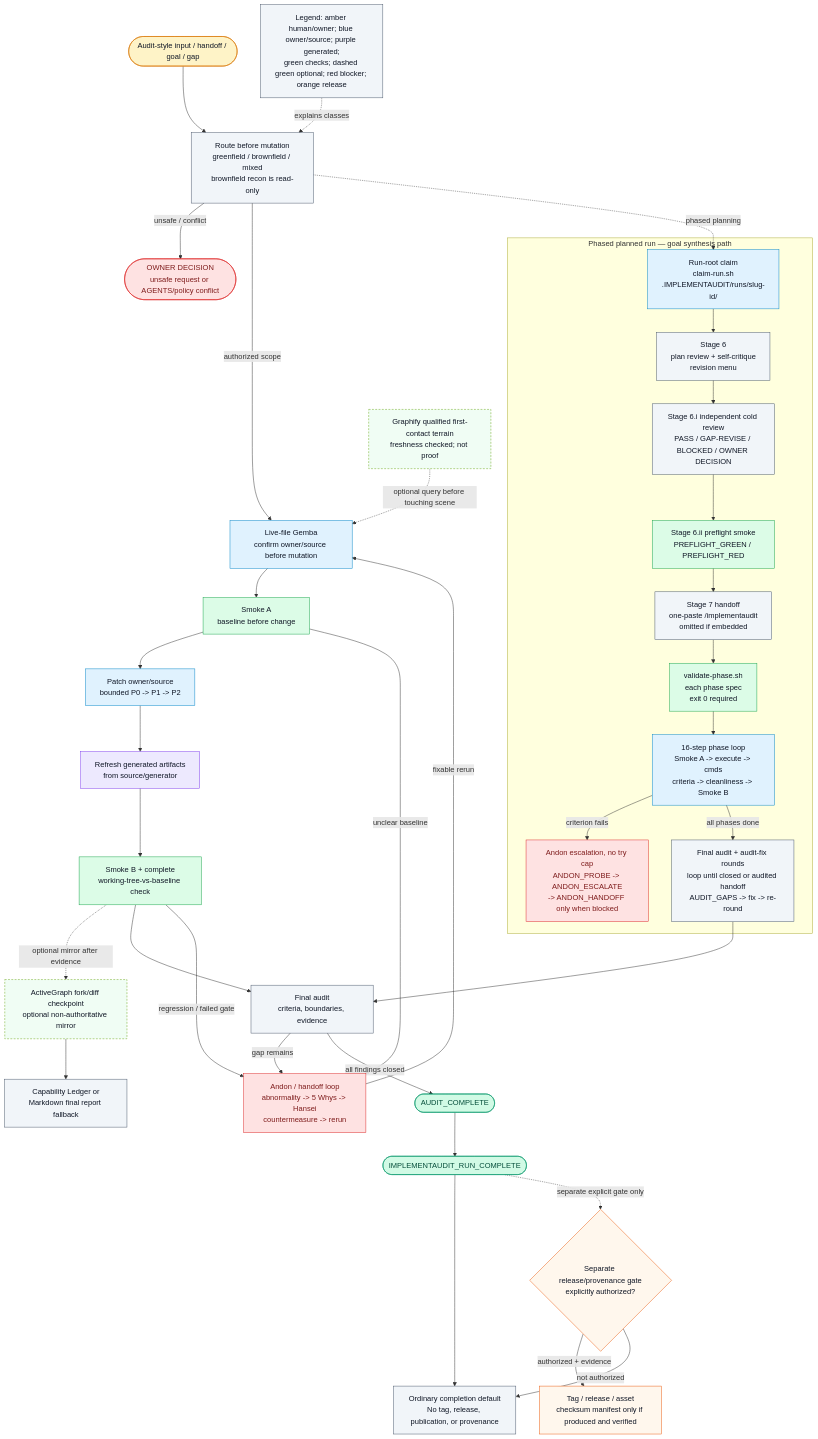
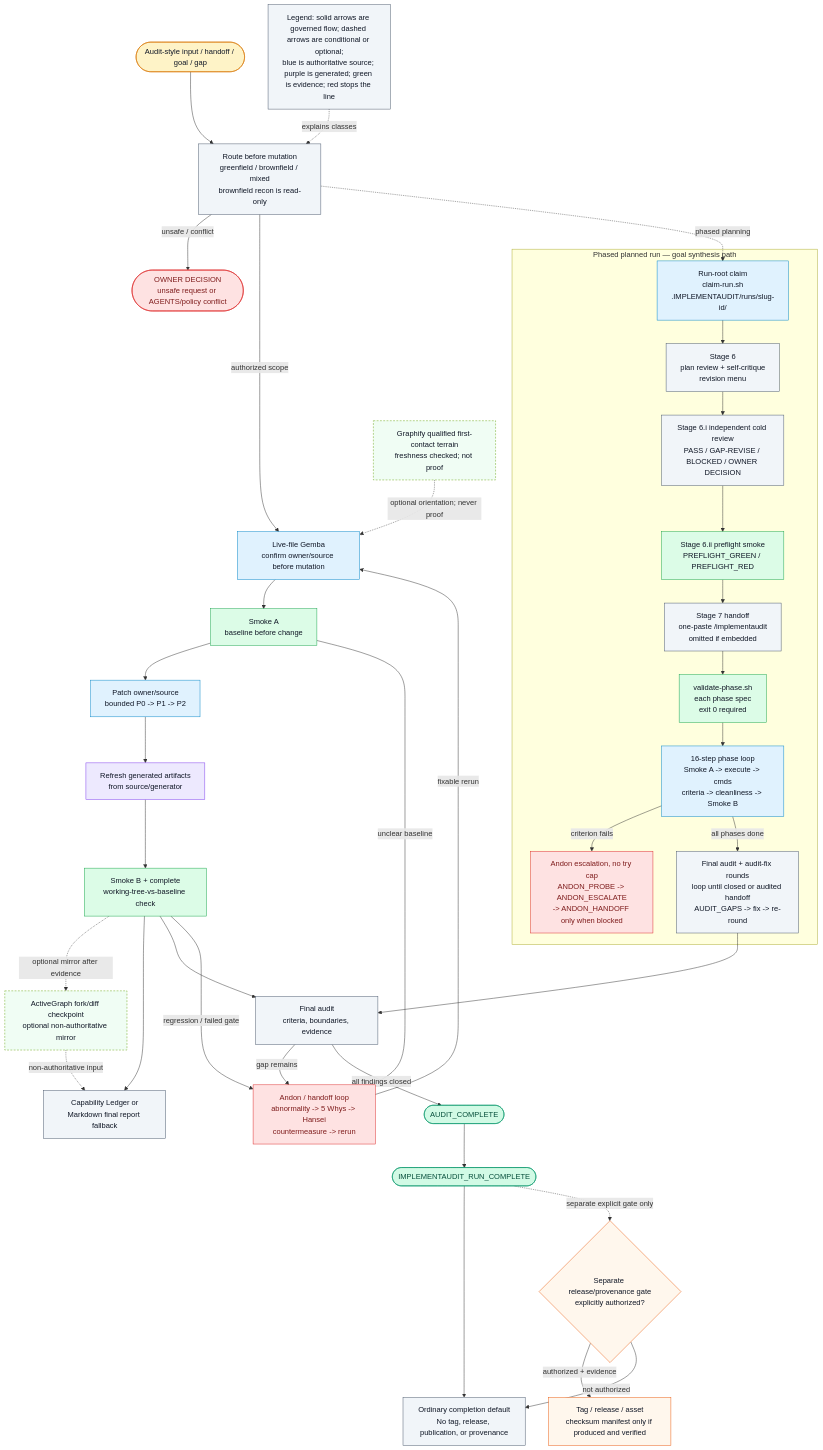
Before and after one commit to theislampill/IMPLEMENTAUDIT.md: the diagram in docs/diagrams/execution-spine.mmd, drawn with Mermaid. The commit also changed 29 other files, not shown here.

First line of the commit message:
fix(r29): align public information architecture

```diff
--- a/docs/diagrams/execution-spine.mmd
+++ b/docs/diagrams/execution-spine.mmd
@@ -1,67 +1,69 @@
 flowchart TD
   Input(["Audit-style input / handoff / goal / gap"]):::human
   Route["Route before mutation<br/>greenfield / brownfield / mixed<br/>brownfield recon is read-only"]:::audit
   OwnerDecision(["OWNER DECISION<br/>unsafe request or AGENTS/policy conflict"]):::blocker
 
   Graphify["Graphify qualified first-contact terrain<br/>freshness checked; not proof"]:::optional
   Gemba["Live-file Gemba<br/>confirm owner/source before mutation"]:::source
   SmokeA["Smoke A<br/>baseline before change"]:::checker
   Patch["Patch owner/source<br/>bounded P0 -> P1 -> P2"]:::source
   Generated["Refresh generated artifacts<br/>from source/generator"]:::generated
   SmokeB["Smoke B + complete<br/>working-tree-vs-baseline check"]:::checker
 
   ActiveGraph["ActiveGraph fork/diff checkpoint<br/>optional non-authoritative mirror"]:::optional
   Ledger["Capability Ledger or<br/>Markdown final report fallback"]:::audit
 
   Andon["Andon / handoff loop<br/>abnormality -> 5 Whys -> Hansei<br/>countermeasure -> rerun"]:::blocker
   Final["Final audit<br/>criteria, boundaries, evidence"]:::audit
   AuditDone(["AUDIT_COMPLETE"]):::success
   RunDone(["IMPLEMENTAUDIT_RUN_COMPLETE"]):::success
   NoRelease["Ordinary completion default<br/>No tag, release, publication, or provenance"]:::audit
   ReleaseGate{"Separate release/provenance gate<br/>explicitly authorized?"}:::release
   Release["Tag / release / asset<br/>checksum manifest only if produced and verified"]:::release
-  Legend["Legend: amber human/owner; blue owner/source; purple generated;<br/>green checks; dashed green optional; red blocker; orange release"]:::audit
+  Legend["Legend: solid arrows are governed flow; dashed arrows are conditional or optional;<br/>blue is authoritative source; purple is generated; green is evidence; red stops the line"]:::audit
 
   subgraph PhasedRun["Phased planned run — goal synthesis path"]
     RunRoot["Run-root claim<br/>claim-run.sh<br/>.IMPLEMENTAUDIT/runs/slug-id/"]:::source
     Stage6["Stage 6<br/>plan review + self-critique<br/>revision menu"]:::audit
     Stage6i["Stage 6.i independent cold review<br/>PASS / GAP-REVISE / BLOCKED / OWNER DECISION"]:::audit
     Stage6ii["Stage 6.ii preflight smoke<br/>PREFLIGHT_GREEN / PREFLIGHT_RED"]:::checker
     Stage7["Stage 7 handoff<br/>one-paste /implementaudit<br/>omitted if embedded"]:::audit
     PhaseSpec["validate-phase.sh<br/>each phase spec<br/>exit 0 required"]:::checker
     PhaseLoop["16-step phase loop<br/>Smoke A -> execute -> cmds<br/>criteria -> cleanliness -> Smoke B"]:::source
     Recovery["Andon escalation, no try cap<br/>ANDON_PROBE -> ANDON_ESCALATE<br/>-> ANDON_HANDOFF only when blocked"]:::blocker
     AuditFix["Final audit + audit-fix rounds<br/>loop until closed or audited handoff<br/>AUDIT_GAPS -> fix -> re-round"]:::audit
     RunRoot --> Stage6 --> Stage6i --> Stage6ii --> Stage7 --> PhaseSpec --> PhaseLoop
     PhaseLoop -->|criterion fails| Recovery
     PhaseLoop -->|all phases done| AuditFix
   end
 
   Input --> Route
   Route -->|unsafe / conflict| OwnerDecision
   Route -->|authorized scope| Gemba
   Route -. phased planning .-> RunRoot
   AuditFix --> Final
-  Graphify -. optional query before touching scene .-> Gemba
+  Graphify -. optional orientation; never proof .-> Gemba
   Gemba --> SmokeA --> Patch --> Generated --> SmokeB
-  SmokeB -. optional mirror after evidence .-> ActiveGraph --> Ledger
+  SmokeB -. optional mirror after evidence .-> ActiveGraph
+  SmokeB --> Ledger
+  ActiveGraph -. non-authoritative input .-> Ledger
   SmokeB --> Final
   SmokeA -->|unclear baseline| Andon
   SmokeB -->|regression / failed gate| Andon
   Final -->|gap remains| Andon
   Andon -->|fixable rerun| Gemba
   Final -->|all findings closed| AuditDone --> RunDone --> NoRelease
   RunDone -. separate explicit gate only .-> ReleaseGate
   ReleaseGate -->|authorized + evidence| Release
   ReleaseGate -->|not authorized| NoRelease
   Legend -. explains classes .-> Route
 
   classDef human fill:#fef3c7,stroke:#d97706,color:#111827
   classDef source fill:#e0f2fe,stroke:#0284c7,color:#111827
   classDef generated fill:#ede9fe,stroke:#7c3aed,color:#111827
   classDef checker fill:#dcfce7,stroke:#16a34a,color:#111827
   classDef audit fill:#f1f5f9,stroke:#475569,color:#111827
   classDef optional fill:#f0fdf4,stroke:#65a30d,color:#111827,stroke-dasharray: 4 3
   classDef release fill:#fff7ed,stroke:#ea580c,color:#111827
   classDef success fill:#d1fae5,stroke:#059669,color:#064e3b
   classDef blocker fill:#fee2e2,stroke:#dc2626,color:#7f1d1d
```
